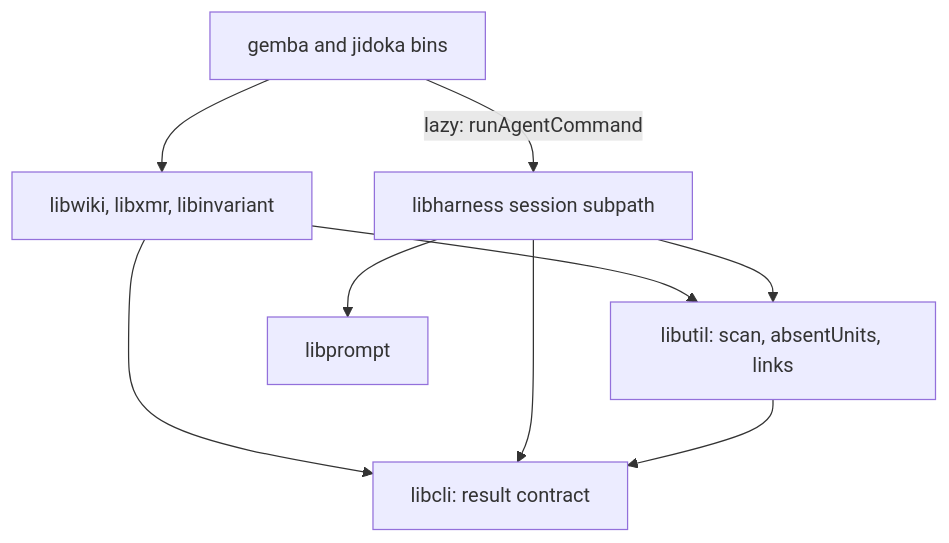
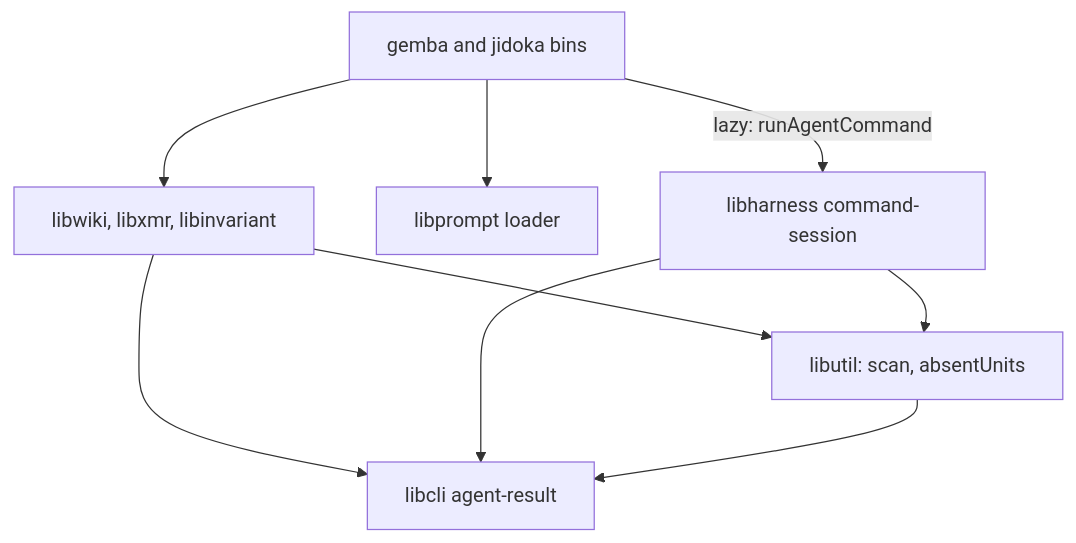
One commit to forwardimpact/monorepo changed the first of 2 diagrams in specs/2410-agent-backed-commands/design-a.md. Above: the diagram before and after it, drawn with Mermaid. The commit also changed other lines of this file and 1 other file, not shown here.

````diff
--- a/specs/2410-agent-backed-commands/design-a.md
+++ b/specs/2410-agent-backed-commands/design-a.md
@@ -26,11 +28,11 @@
 ```mermaid
 graph TD
-    B["gemba and jidoka bins"] -->|"lazy: runAgentCommand"| H["libharness session subpath"]
+    B["gemba and jidoka bins"] -->|"lazy: runAgentCommand"| H["libharness command-session"]
+    B --> P["libprompt loader"]
     B --> D["libwiki, libxmr, libinvariant"]
-    D --> C["libcli: result contract"]
-    D --> U["libutil: scan, absentUnits, links"]
+    D --> C["libcli agent-result"]
+    D --> U["libutil: scan, absentUnits"]
     H --> C
     H --> U
-    H --> P["libprompt"]
     U --> C
 ```
````
